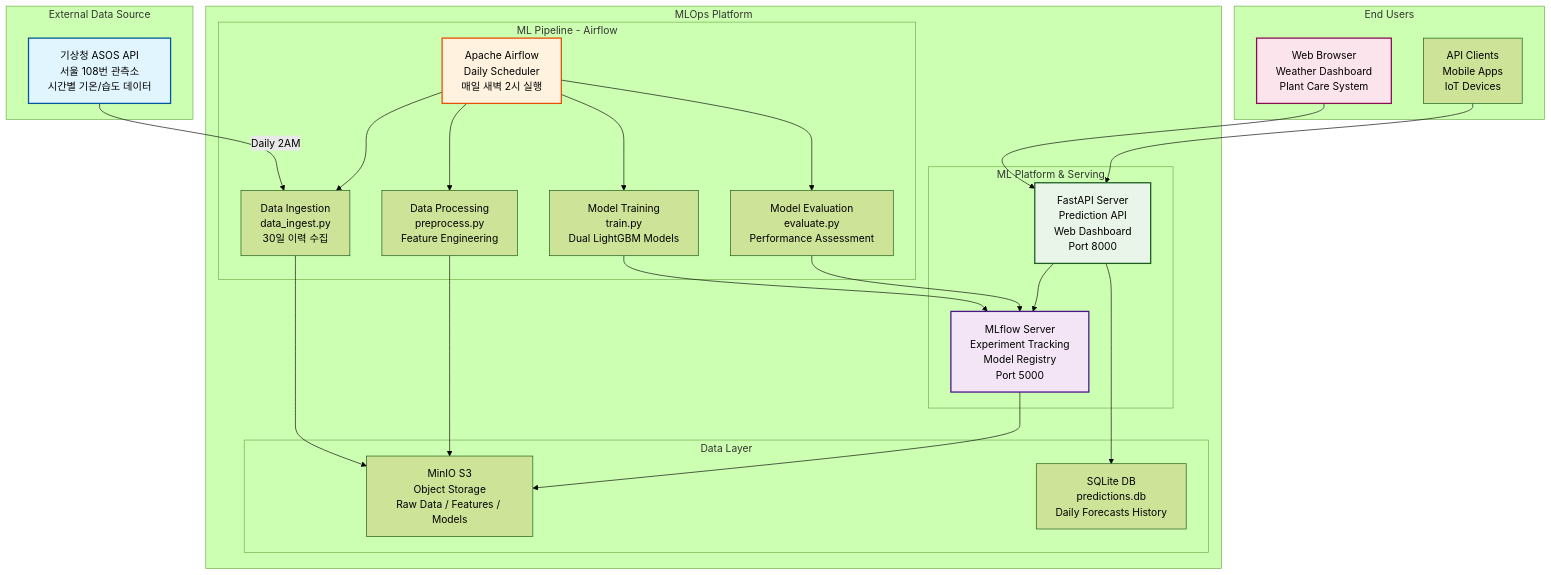
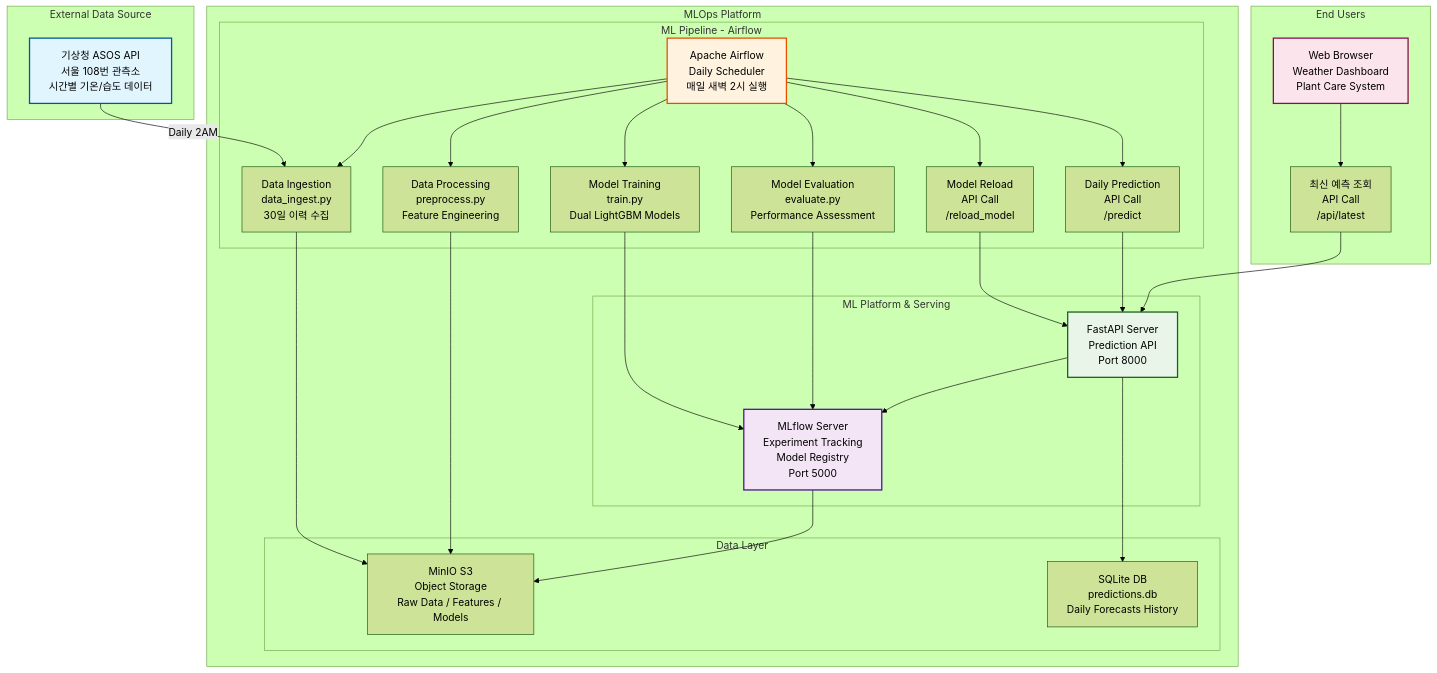
Before and after one commit to Lee-0624/mlops_cloud_project: the second of 2 diagrams in README.md, drawn with Mermaid (forest theme). The commit also changed other lines of this file, not shown here.

Commit message:
docs: README.md 프로젝트 기간 수정 및 다이어그램 업데이트

````diff
--- a/README.md
+++ b/README.md
@@ -156,55 +156,61 @@
 ```mermaid
 graph TB
     subgraph External["External Data Source"]
         KMA["기상청 ASOS API<br/>서울 108번 관측소<br/>시간별 기온/습도 데이터"]
     end
     
     subgraph Platform["MLOps Platform"]
         subgraph DataLayer["Data Layer"]
             MINIO["MinIO S3<br/>Object Storage<br/>Raw Data / Features / Models"]
             SQLITE["SQLite DB<br/>predictions.db<br/>Daily Forecasts History"]
         end
         
         subgraph Pipeline["ML Pipeline - Airflow"]
             AIRFLOW["Apache Airflow<br/>Daily Scheduler<br/>매일 새벽 2시 실행"]
             INGEST["Data Ingestion<br/>data_ingest.py<br/>30일 이력 수집"]
             PREPROCESS["Data Processing<br/>preprocess.py<br/>Feature Engineering"]
             TRAIN["Model Training<br/>train.py<br/>Dual LightGBM Models"]
             EVALUATE["Model Evaluation<br/>evaluate.py<br/>Performance Assessment"]
+            RELOAD["Model Reload<br/>API Call<br/>/reload_model"]
+            PREDICT["Daily Prediction<br/>API Call<br/>/predict"]
         end
         
         subgraph Serving["ML Platform & Serving"]
             MLFLOW["MLflow Server<br/>Experiment Tracking<br/>Model Registry<br/>Port 5000"]
-            FASTAPI["FastAPI Server<br/>Prediction API<br/>Web Dashboard<br/>Port 8000"]
+            FASTAPI["FastAPI Server<br/>Prediction API<br/>Port 8000"]
         end
     end
     
     subgraph Users["End Users"]
         WEB["Web Browser<br/>Weather Dashboard<br/>Plant Care System"]
-        API_CLIENT["API Clients<br/>Mobile Apps<br/>IoT Devices"]
+        API_LATEST["최신 예측 조회<br/>API Call<br/>/api/latest<br/>"]
     end
     
     KMA -->|Daily 2AM| INGEST
     AIRFLOW --> INGEST
     AIRFLOW --> PREPROCESS  
     AIRFLOW --> TRAIN
     AIRFLOW --> EVALUATE
+    AIRFLOW --> RELOAD
+    AIRFLOW --> PREDICT
     
     INGEST --> MINIO
     PREPROCESS --> MINIO
     TRAIN --> MLFLOW
     EVALUATE --> MLFLOW
+    RELOAD --> FASTAPI
+    PREDICT --> FASTAPI
     
     MLFLOW --> MINIO
     FASTAPI --> MLFLOW
     FASTAPI --> SQLITE
     
-    WEB --> FASTAPI
-    API_CLIENT --> FASTAPI
+    WEB --> API_LATEST
+    API_LATEST --> FASTAPI
     
     style KMA fill:#e1f5fe,stroke:#01579b,stroke-width:2px
     style MLFLOW fill:#f3e5f5,stroke:#4a148c,stroke-width:2px
     style FASTAPI fill:#e8f5e8,stroke:#1b5e20,stroke-width:2px
     style AIRFLOW fill:#fff3e0,stroke:#e65100,stroke-width:2px
     style WEB fill:#fce4ec,stroke:#880e4f,stroke-width:2px
 ```
````
